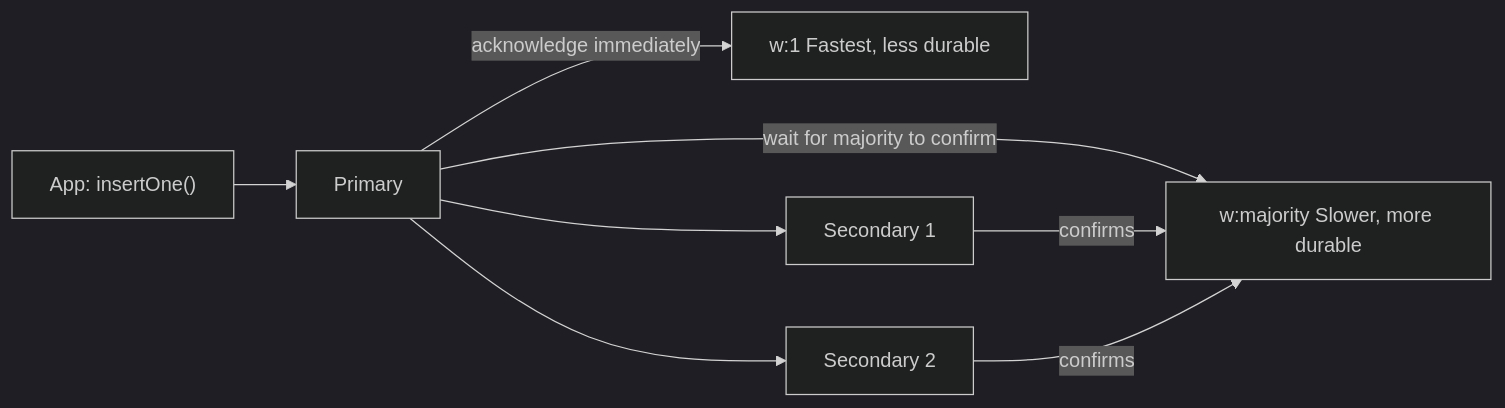
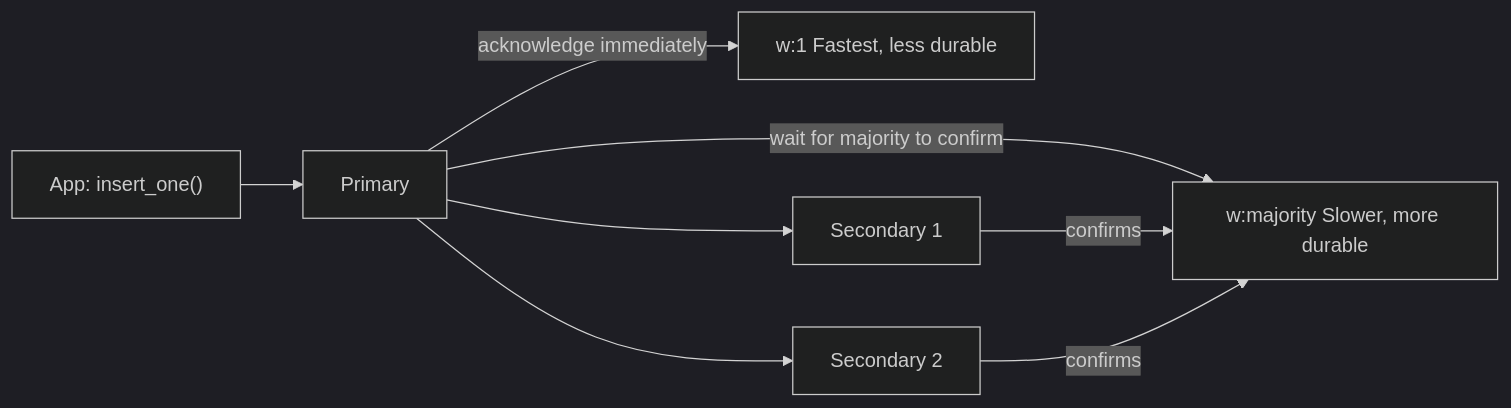
One commit to afekash/project_shopflow-afek changed the third of 5 diagrams in materials/nosql/04-mongodb-replication/01-replica-set-architecture.md. Above: the diagram before and after it, drawn with Mermaid (dark theme). The commit also changed other lines of this file and 5 other files, not shown here.

````diff
--- a/materials/nosql/04-mongodb-replication/01-replica-set-architecture.md
+++ b/materials/nosql/04-mongodb-replication/01-replica-set-architecture.md
@@ -120,10 +120,10 @@
 ```mermaid
 graph LR
-    App["App: insertOne()"] --> Primary
+    App["App: insert_one()"] --> Primary
     Primary -->|"acknowledge immediately"| W1["w:1 Fastest, less durable"]
     Primary -->|"wait for majority to confirm"| WMaj["w:majority Slower, more durable"]
     Primary --> S1["Secondary 1"]
     Primary --> S2["Secondary 2"]
     S1 -->|"confirms"| WMaj
     S2 -->|"confirms"| WMaj
 ```
````
